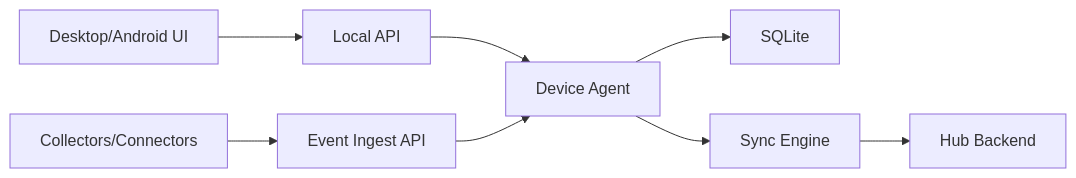
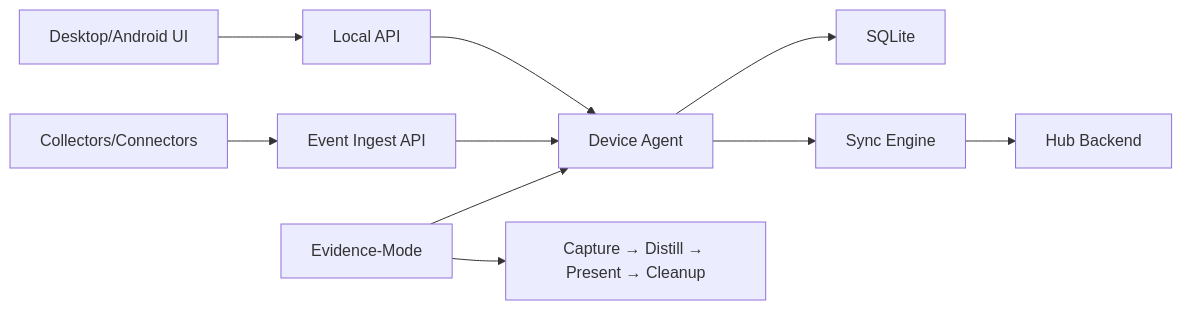
One commit to asukhodko/timeskein changed the fourth of 5 diagrams in .qoder/repowiki/en/content/Project Overview/Project Overview.md. Above: the diagram before and after it, drawn with Mermaid. The commit also changed other lines of this file and 6 other files, not shown here.

First line of the commit message:
docs(adr): add ADR-0003 Evidence-Mode Opt-in architecture decision

````diff
--- a/.qoder/repowiki/en/content/Project Overview/Project Overview.md
+++ b/.qoder/repowiki/en/content/Project Overview/Project Overview.md
@@ -332,10 +407,12 @@
 ```mermaid
 flowchart LR
 UI["Desktop/Android UI"] --> LocalAPI["Local API"]
 LocalAPI --> Agent["Device Agent"]
 Agent --> Storage["SQLite"]
 Agent --> Sync["Sync Engine"]
 Sync --> Hub["Hub Backend"]
 Collectors["Collectors/Connectors"] --> EventIngest["Event Ingest API"]
 EventIngest --> Agent
+Evidence["Evidence-Mode"] --> Agent
+Evidence --> EvidencePipeline["Capture → Distill → Present → Cleanup"]
 ```
````
